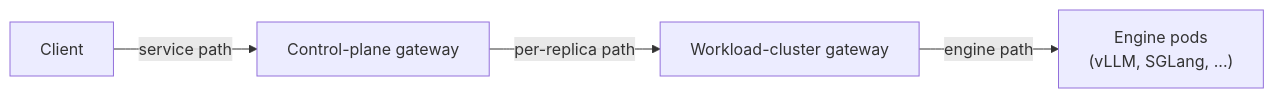
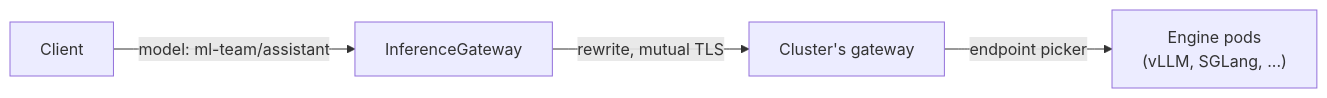
One commit to modelplaneai/modelplane changed the third of 3 diagrams in docs/content/architecture/_index.md. Above: the diagram before and after it, drawn with Mermaid. The commit also changed other lines of this file and 64 other files, not shown here.

````diff
--- a/docs/content/architecture/_index.md
+++ b/docs/content/architecture/_index.md
@@ -170,11 +171,11 @@
 ```mermaid
 flowchart LR
     client["Client"]
-    cpgw["Control-plane gateway"]
-    wcgw["Workload-cluster gateway"]
+    fgw["InferenceGateway"]
+    cgw["Cluster's gateway"]
     engine["Engine pods\n(vLLM, SGLang, ...)"]
 
-    client -->|service path| cpgw
-    cpgw -->|per-replica path| wcgw
-    wcgw -->|engine path| engine
+    client -->|"model: ml-team/assistant"| fgw
+    fgw -->|"rewrite, mutual TLS"| cgw
+    cgw -->|endpoint picker| engine
 ```
````
